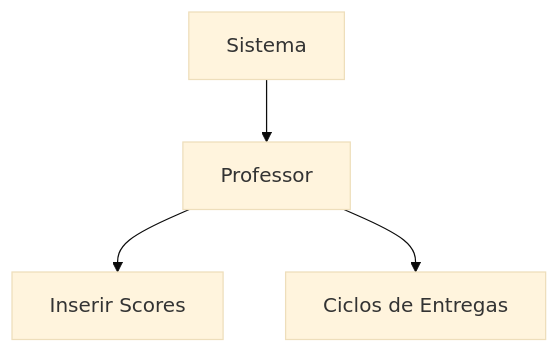
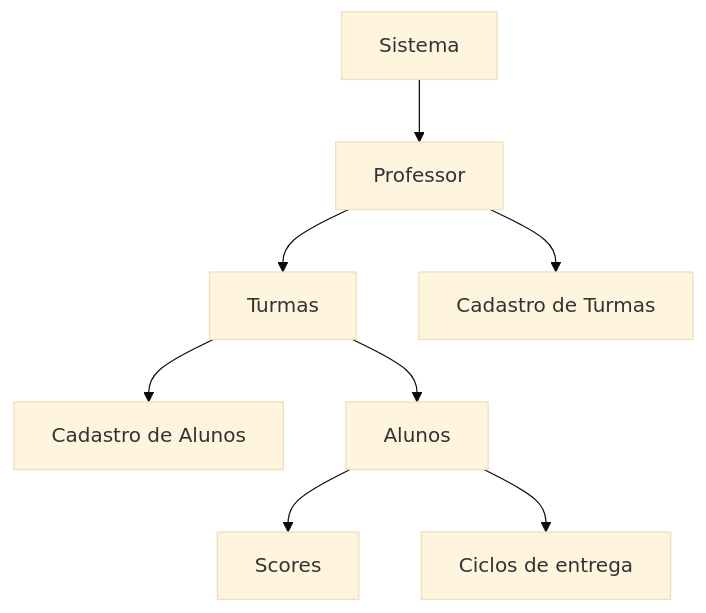
One commit to CoderHood-Fatec/ProjetoCoderHood changed the diagram in README.md. Above: the diagram before and after it, drawn with Mermaid (base theme).

````diff
--- a/README.md
+++ b/README.md
@@ -64,6 +64,8 @@
 ```mermaid
 flowchart TD
 A[Sistema] --> B[Professor] 
-B --> E[Inserir Scores] & F[Ciclos de Entregas]
+B --> C[Turmas] & G[Cadastro de Turmas]
+C--> H[Cadastro de Alunos] & D[Alunos]
+D--> F[Scores] & E[Ciclos de entrega]
 
 ```
````
